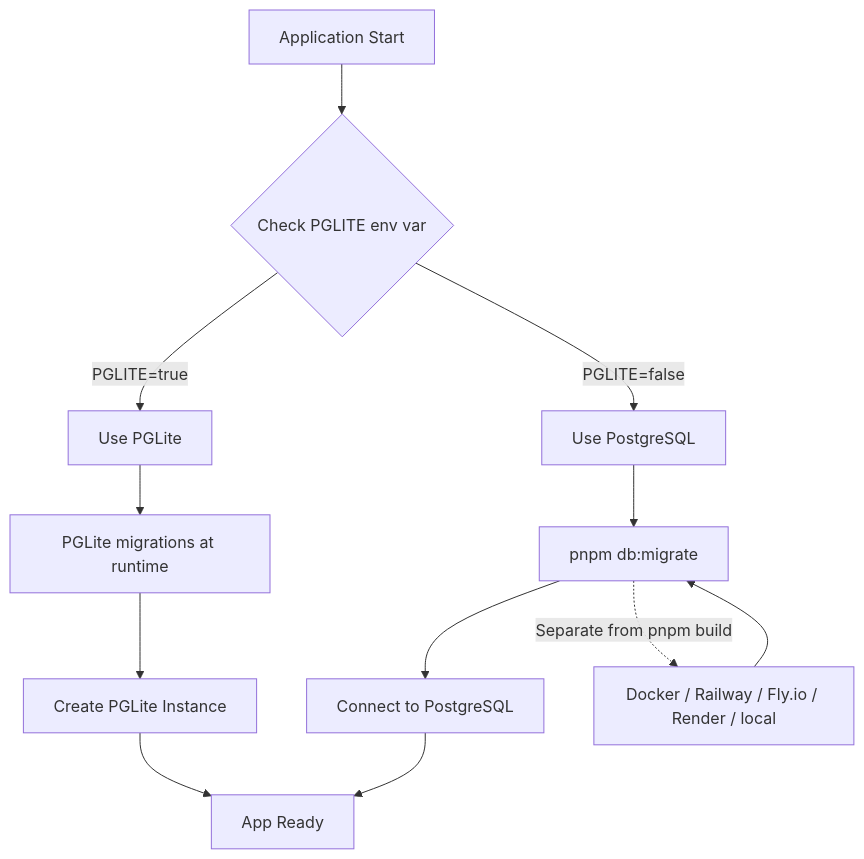
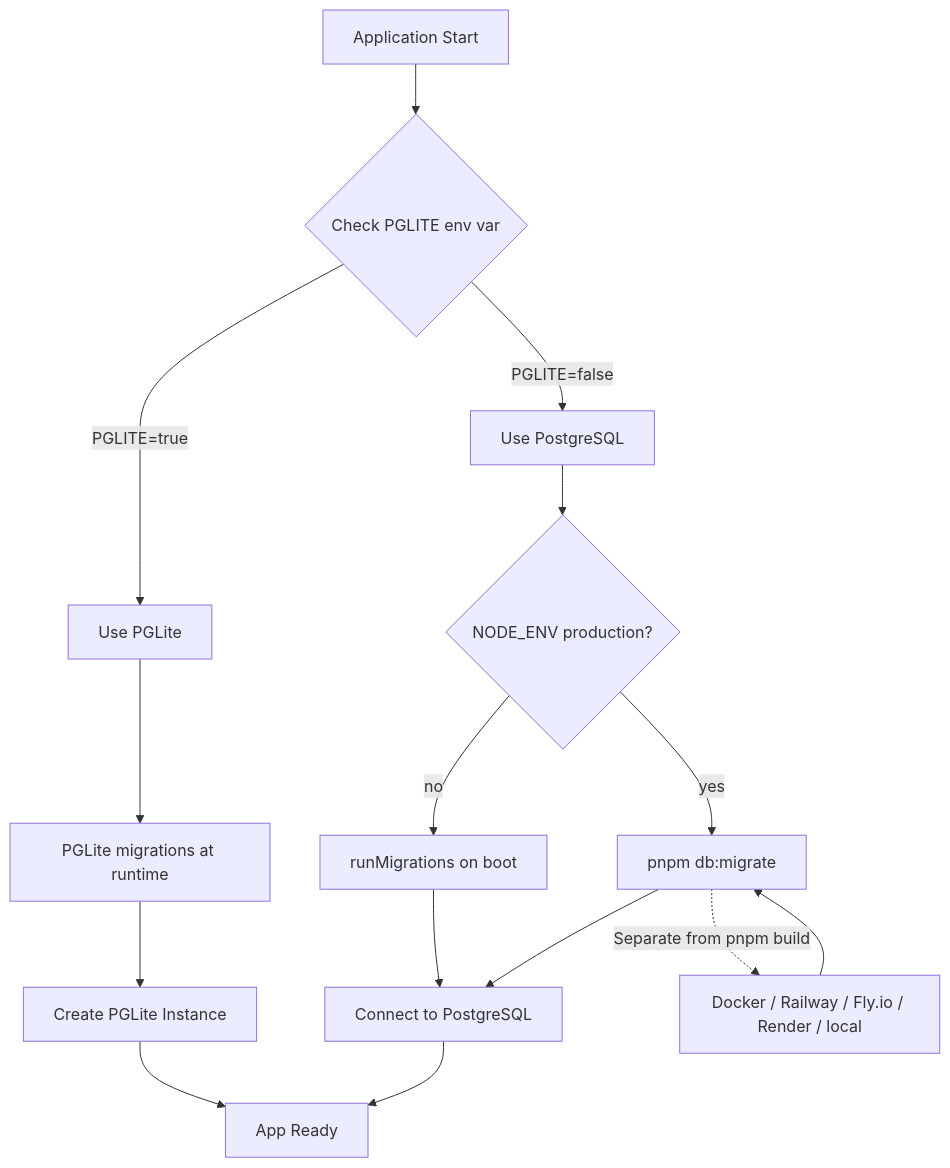
One commit to blockmatic/basilic changed the diagram in apps/docu/content/docs/adrs/008-database.mdx. Above: the diagram before and after it, drawn with Mermaid. The commit also changed other lines of this file and 36 other files, not shown here.

Commit message:
feat(db): migrate on boot and colocate supabase (#257)

````diff
--- a/apps/docu/content/docs/adrs/008-database.mdx
+++ b/apps/docu/content/docs/adrs/008-database.mdx
@@ -165,17 +169,20 @@
 ```mermaid
 flowchart TD
     Start[Application Start] --> CheckEnv{Check PGLITE env var}
     CheckEnv -->|PGLITE=true| UsePGLite[Use PGLite]
     CheckEnv -->|PGLITE=false| UsePostgres[Use PostgreSQL]
 
     UsePGLite --> RuntimeMigrate[PGLite migrations at runtime]
     RuntimeMigrate --> CreateInstance[Create PGLite Instance]
     CreateInstance --> AppReady[App Ready]
 
-    UsePostgres --> MigratePhase[pnpm db:migrate]
-    MigratePhase --> ConnectPG[Connect to PostgreSQL]
+    UsePostgres --> RuntimeOrBuild{NODE_ENV production?}
+    RuntimeOrBuild -->|no| DevMigrate[runMigrations on boot]
+    RuntimeOrBuild -->|yes| MigratePhase[pnpm db:migrate]
+    DevMigrate --> ConnectPG[Connect to PostgreSQL]
+    MigratePhase --> ConnectPG
     ConnectPG --> AppReady
 
     MigratePhase -.->|Separate from pnpm build| Deploy[Docker / Railway / Fly.io / Render / local]
     Deploy --> MigratePhase
 ```
````
